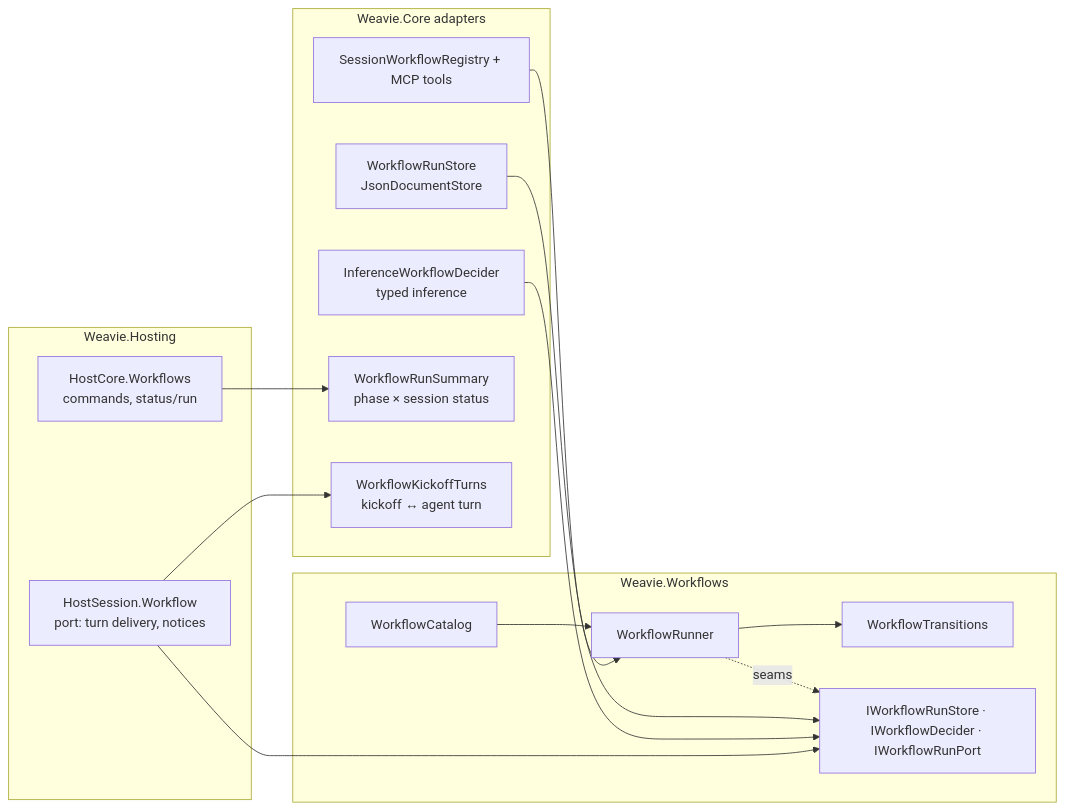
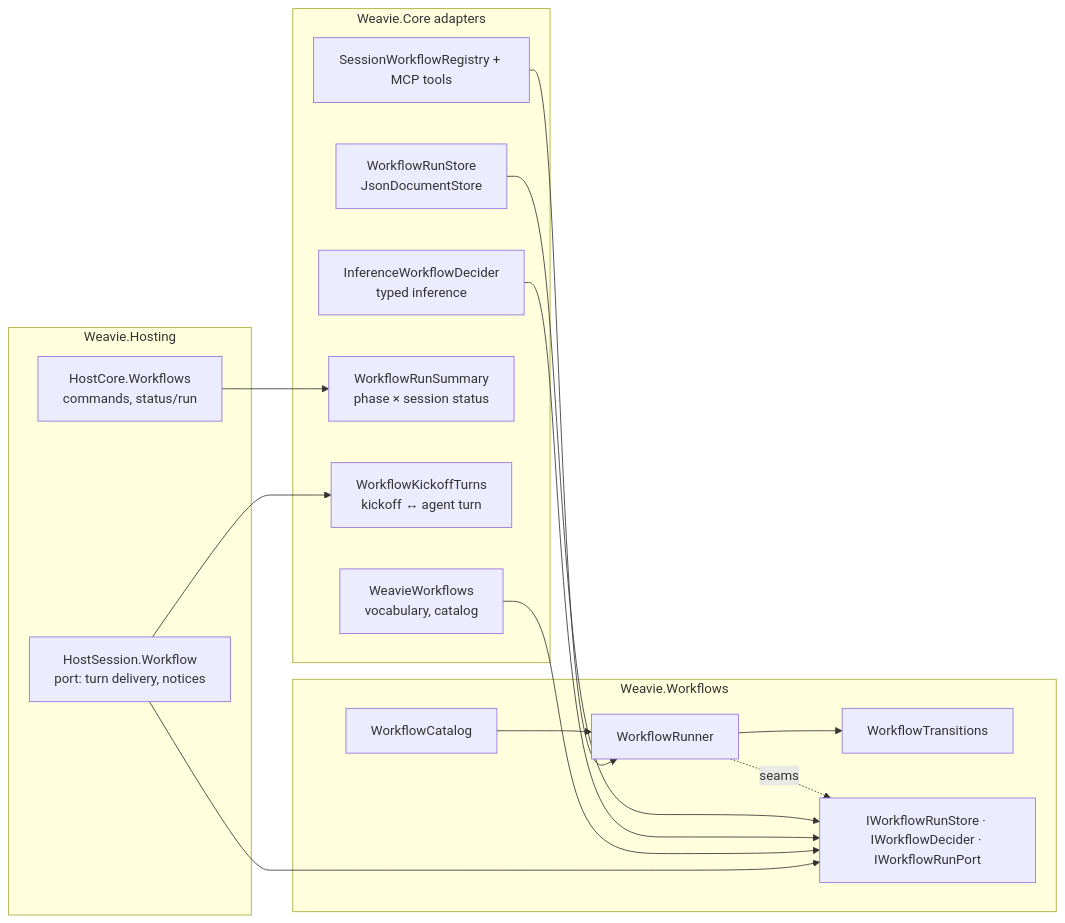
One commit to Kapps/weavie changed the first of 2 diagrams in docs/specs/workflows.md. Above: the diagram before and after it, drawn with Mermaid. The commit also changed other lines of this file and 30 other files, not shown here.

First line of the commit message:
Workflows engine: minimal public surface, host vocabulary supplied by Core

````diff
--- a/docs/specs/workflows.md
+++ b/docs/specs/workflows.md
@@ -58,22 +62,23 @@
 ```mermaid
 flowchart LR
   subgraph Engine["Weavie.Workflows"]
     Catalog[WorkflowCatalog] --> Runner[WorkflowRunner]
     Runner --> Transitions[WorkflowTransitions]
     Runner -. seams .-> Seams["IWorkflowRunStore · IWorkflowDecider · IWorkflowRunPort"]
   end
   subgraph Core["Weavie.Core adapters"]
     Store[WorkflowRunStore<br/>JsonDocumentStore] --> Seams
     Decider[InferenceWorkflowDecider<br/>typed inference] --> Seams
     Registry[SessionWorkflowRegistry + MCP tools]
     Summary[WorkflowRunSummary<br/>phase × session status]
     Turns[WorkflowKickoffTurns<br/>kickoff ↔ agent turn]
+    Words[WeavieWorkflows<br/>vocabulary, catalog] --> Seams
   end
   subgraph Hosting["Weavie.Hosting"]
     Session[HostSession.Workflow<br/>port: turn delivery, notices] --> Seams
     Wire[HostCore.Workflows<br/>commands, status/run]
   end
   Registry --> Runner
   Wire --> Summary
   Session --> Turns
 ```
````
